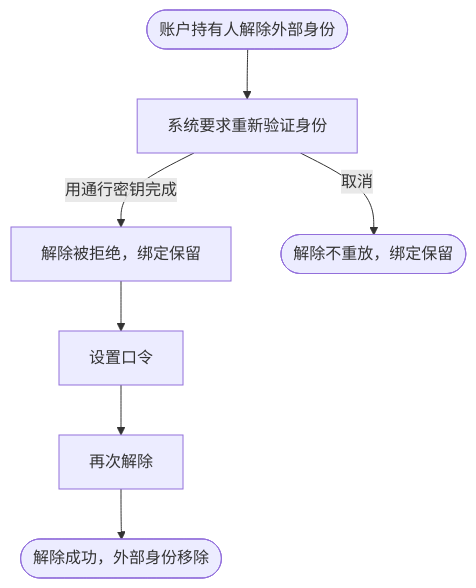
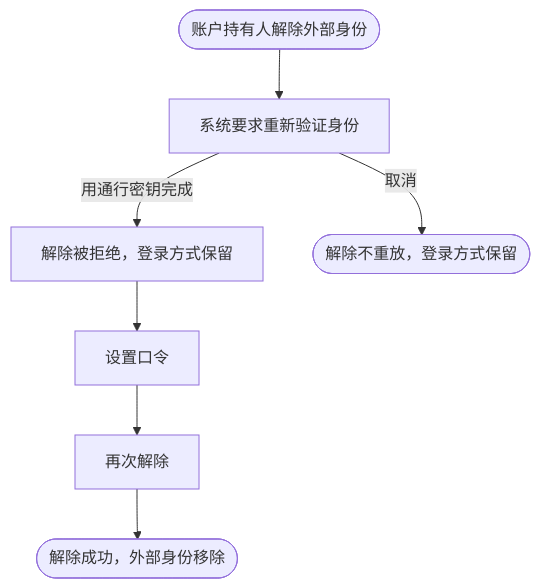
One commit to wangzw/speed changed the diagram in docs/prd/journeys/journey-last-login-way.md. Above: the diagram before and after it, drawn with Mermaid. The commit also changed other lines of this file and 50 other files, not shown here.

````diff
--- a/docs/prd/journeys/journey-last-login-way.md
+++ b/docs/prd/journeys/journey-last-login-way.md
@@ -32,9 +33,9 @@
 ```mermaid
 flowchart TD
     unlink([账户持有人解除外部身份]) --> stepup[系统要求重新验证身份]
-    stepup -->|用通行密钥完成| refused[解除被拒绝，绑定保留]
+    stepup -->|用通行密钥完成| refused[解除被拒绝，登录方式保留]
     refused --> setpw[设置口令]
     setpw --> again[再次解除]
     again --> done([解除成功，外部身份移除])
-    stepup -->|取消| kept([解除不重放，绑定保留])
+    stepup -->|取消| kept([解除不重放，登录方式保留])
 ```
````
